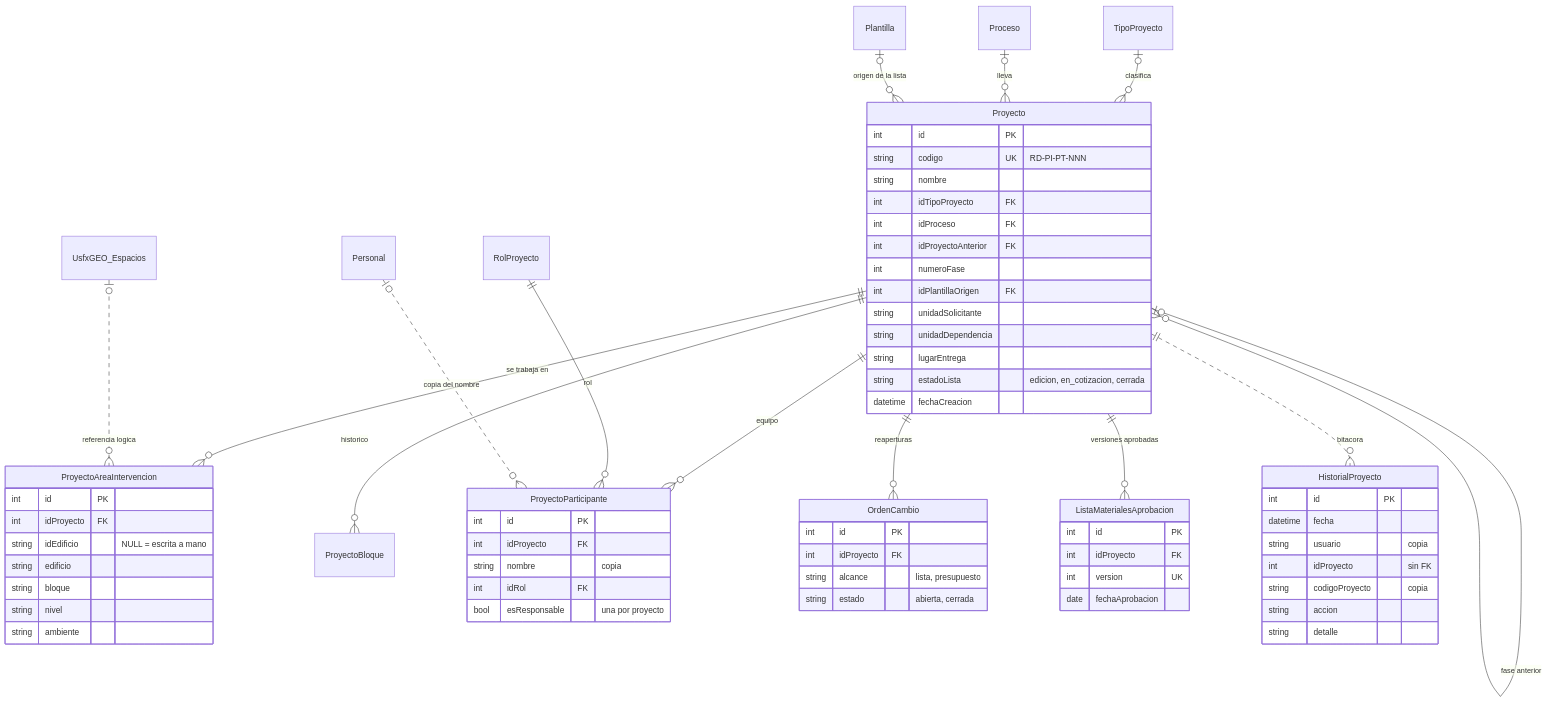
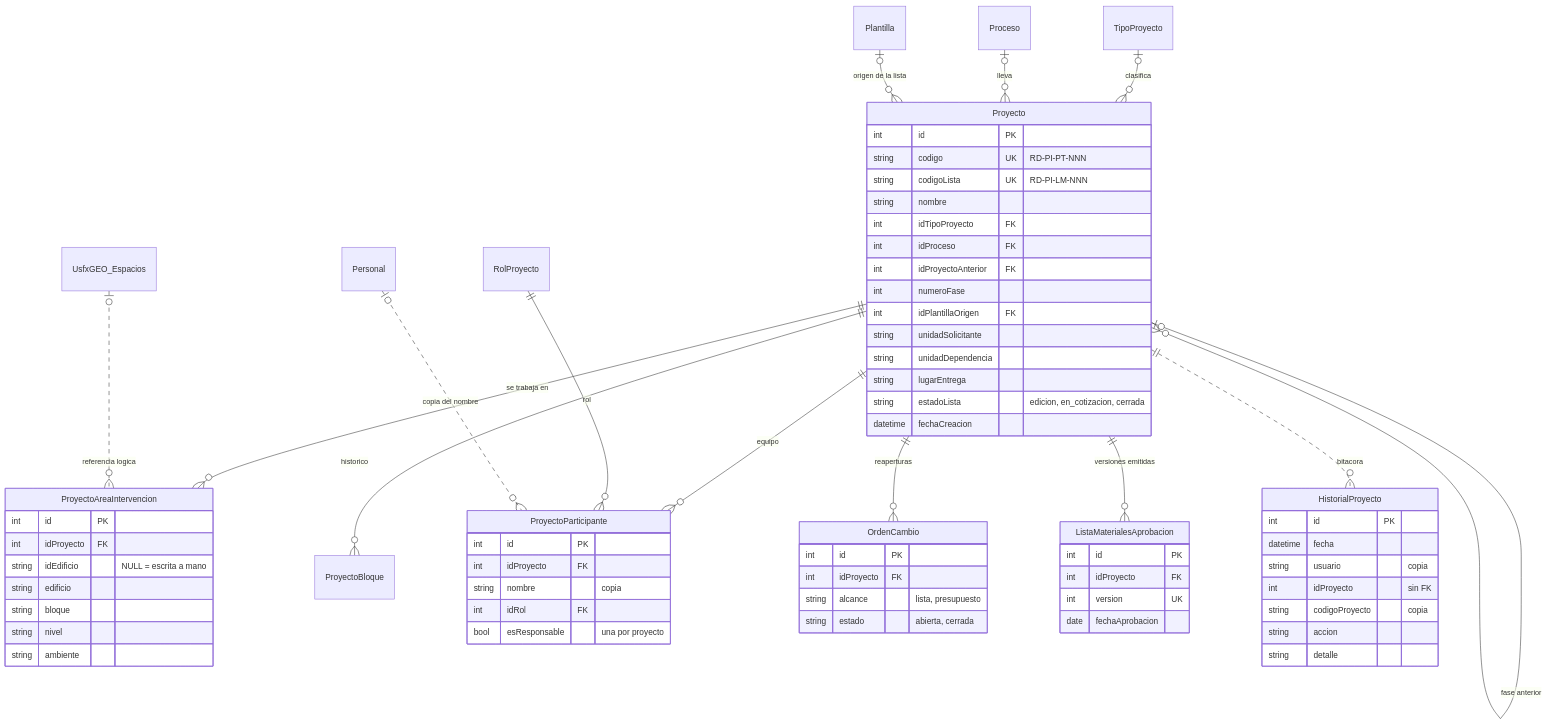
Before and after one commit to wilDC123/presupuestosRedes: the first of 5 diagrams in docs/modelo-logico-datos.md, drawn with Mermaid. The commit also changed other lines of this file and 16 other files, not shown here.

First line of the commit message:
Revisión 05-11, parte 2: la lista de materiales no se aprueba y tiene código propio RD-PI-LM-NNN

````diff
--- a/docs/modelo-logico-datos.md
+++ b/docs/modelo-logico-datos.md
@@ -49,69 +50,70 @@
 ```mermaid
 erDiagram
     TipoProyecto |o--o{ Proyecto : "clasifica"
     Proceso |o--o{ Proyecto : "lleva"
     Proyecto |o--o{ Proyecto : "fase anterior"
     Plantilla |o--o{ Proyecto : "origen de la lista"
     Proyecto ||--o{ ProyectoAreaIntervencion : "se trabaja en"
     Proyecto ||--o{ ProyectoBloque : "historico"
     Proyecto ||--o{ ProyectoParticipante : "equipo"
     RolProyecto ||--o{ ProyectoParticipante : "rol"
     Personal |o..o{ ProyectoParticipante : "copia del nombre"
     Proyecto ||--o{ OrdenCambio : "reaperturas"
-    Proyecto ||--o{ ListaMaterialesAprobacion : "versiones aprobadas"
+    Proyecto ||--o{ ListaMaterialesAprobacion : "versiones emitidas"
     Proyecto ||..o{ HistorialProyecto : "bitacora"
     UsfxGEO_Espacios |o..o{ ProyectoAreaIntervencion : "referencia logica"
 
     Proyecto {
         int id PK
         string codigo UK "RD-PI-PT-NNN"
+        string codigoLista UK "RD-PI-LM-NNN"
         string nombre
         int idTipoProyecto FK
         int idProceso FK
         int idProyectoAnterior FK
         int numeroFase
         int idPlantillaOrigen FK
         string unidadSolicitante
         string unidadDependencia
         string lugarEntrega
         string estadoLista "edicion, en_cotizacion, cerrada"
         datetime fechaCreacion
     }
     ProyectoAreaIntervencion {
         int id PK
         int idProyecto FK
         string idEdificio "NULL = escrita a mano"
         string edificio
         string bloque
         string nivel
         string ambiente
     }
     ProyectoParticipante {
         int id PK
         int idProyecto FK
         string nombre "copia"
         int idRol FK
         bool esResponsable "una por proyecto"
     }
     HistorialProyecto {
         int id PK
         datetime fecha
         string usuario "copia"
         int idProyecto "sin FK"
         string codigoProyecto "copia"
         string accion
         string detalle
     }
     ListaMaterialesAprobacion {
         int id PK
         int idProyecto FK
         int version UK
         date fechaAprobacion
     }
     OrdenCambio {
         int id PK
         int idProyecto FK
         string alcance "lista, presupuesto"
         string estado "abierta, cerrada"
     }
 ```
````
